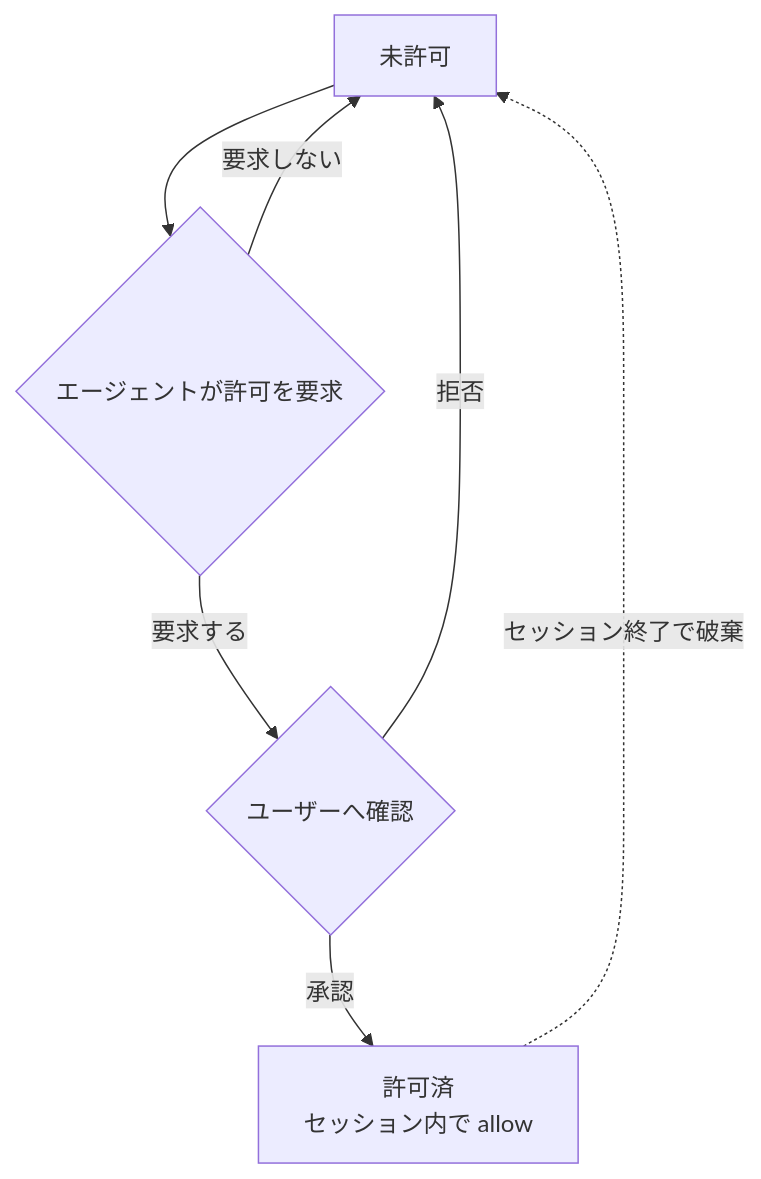
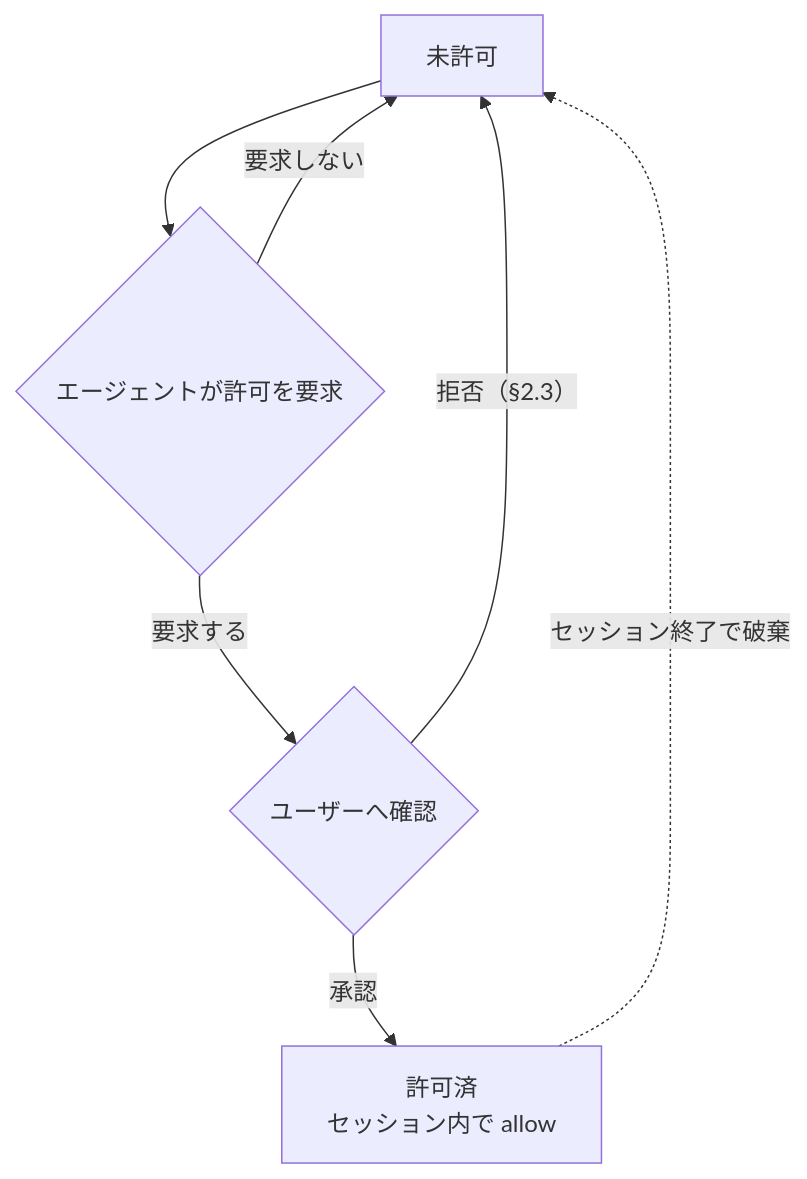
The diagram in dotfiles/.pi/agent/extensions.exact/guardrails/SPEC.md (CatBraaain/dotfiles), drawn with Mermaid before and after one commit. The commit also changed other lines of this file and 2 other files, not shown here.

````diff
--- a/dotfiles/.pi/agent/extensions.exact/guardrails/SPEC.md
+++ b/dotfiles/.pi/agent/extensions.exact/guardrails/SPEC.md
@@ -133,9 +146,9 @@
 ```mermaid
 flowchart TD
     Denied[未許可] --> Ask{エージェントが許可を要求}
     Ask -->|要求しない| Denied
     Ask -->|要求する| Prompt{ユーザーへ確認}
     Prompt -->|承認| Allowed[許可済<br/>セッション内で allow]
-    Prompt -->|拒否| Denied
+    Prompt -->|拒否（§2.3）| Denied
     Allowed -.セッション終了で破棄.-> Denied
 ```
````
